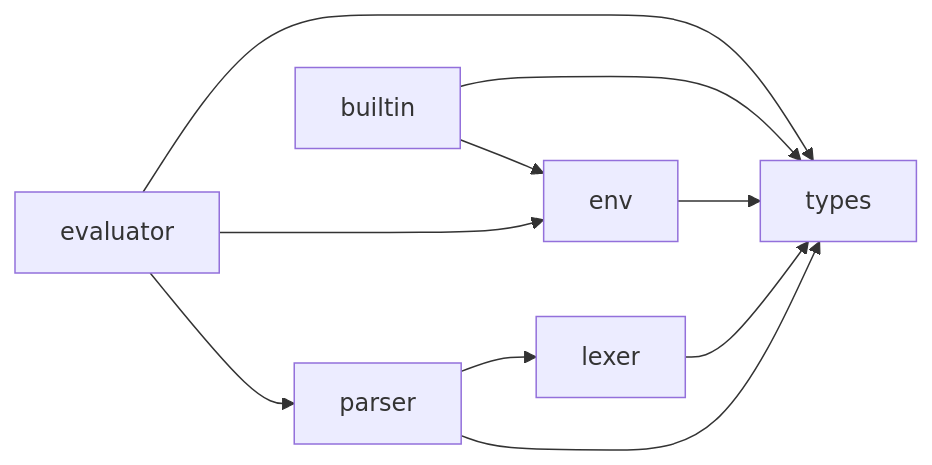
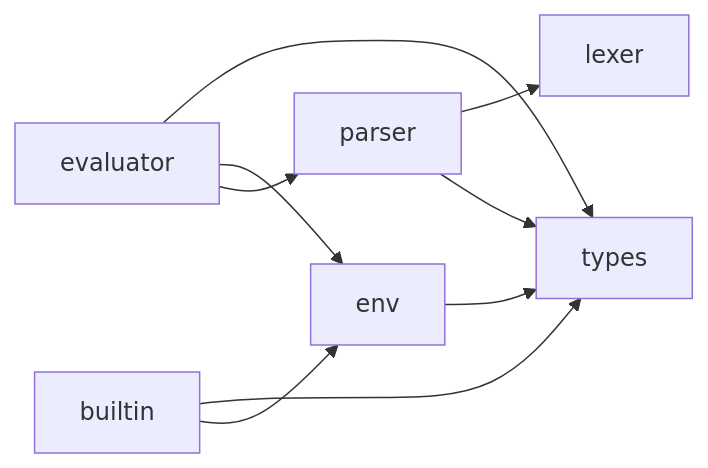
One commit to suchi/sucheme-go changed the first of 2 diagrams in docs/onboarding.md. Above: the diagram before and after it, drawn with Mermaid. The commit also changed other lines of this file, not shown here.

Commit message:
fix: remove incorrect lexer->types dependency from onboarding docs
Copilot レビュー指摘: pkg/lexer は pkg/types に依存していないため、
依存関係テーブルとMermaid図から lexer --> types エッジを削除。

https://claude.ai/code/session_01AALHFFxzYi7cRfWAygKDhR

````diff
--- a/docs/onboarding.md
+++ b/docs/onboarding.md
@@ -172,12 +172,12 @@
 ```mermaid
 graph LR
-    lexer --> types
+    lexer
     parser --> lexer
     parser --> types
     env --> types
     evaluator --> types
     evaluator --> env
     evaluator --> parser
     builtin --> types
     builtin --> env
 ```
````
